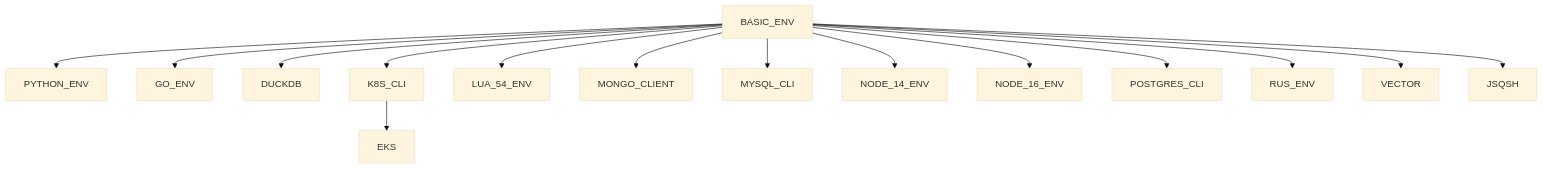
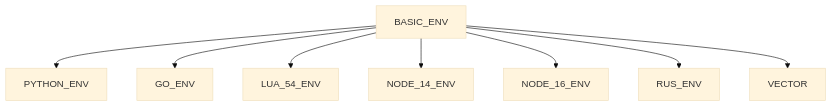
Before and after one commit to ronkitay/docker-images: the first of 3 diagrams in README.md, drawn with Mermaid (base theme). The commit also changed other lines of this file, not shown here.

Commit message:
tune the readme

````diff
--- a/README.md
+++ b/README.md
@@ -7,17 +9,10 @@
 ```mermaid
 graph TD
   BASIC_ENV --> PYTHON_ENV
   BASIC_ENV --> GO_ENV
-  BASIC_ENV --> DUCKDB
-  BASIC_ENV --> K8S_CLI
-  K8S_CLI --> EKS
   BASIC_ENV --> LUA_54_ENV
-  BASIC_ENV --> MONGO_CLIENT
-  BASIC_ENV --> MYSQL_CLI
   BASIC_ENV --> NODE_14_ENV
   BASIC_ENV --> NODE_16_ENV
-  BASIC_ENV --> POSTGRES_CLI
   BASIC_ENV --> RUS_ENV
   BASIC_ENV --> VECTOR
-  BASIC_ENV --> JSQSH
 ```
````
